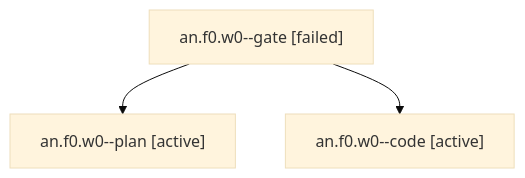
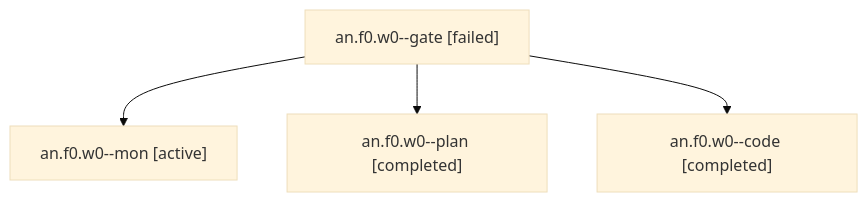
Before and after one commit to bobs-org/bob-cli--agents: the diagram in sessions/bbugyi200.apollo.an.f0.w0.md, drawn with Mermaid (base theme). The commit also changed other lines of this file and 52 other files, not shown here.

````diff
--- a/sessions/bbugyi200.apollo.an.f0.w0.md
+++ b/sessions/bbugyi200.apollo.an.f0.w0.md
@@ -9,8 +9,10 @@
 ```mermaid
 flowchart TD
   n0["an.f0.w0--gate [failed]"]
-  n1["an.f0.w0--plan [active]"]
+  n1["an.f0.w0--mon [active]"]
   n0 --> n1
-  n2["an.f0.w0--code [active]"]
+  n2["an.f0.w0--plan [completed]"]
   n0 --> n2
+  n3["an.f0.w0--code [completed]"]
+  n0 --> n3
 ```
````
